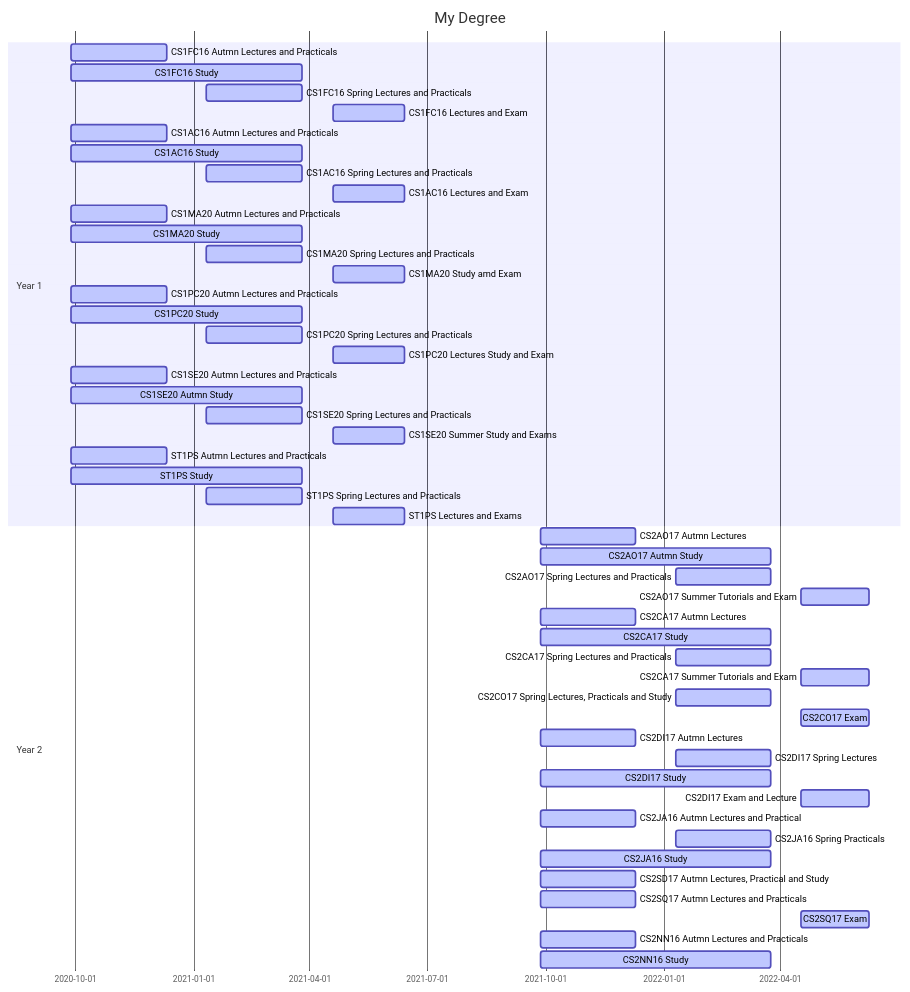
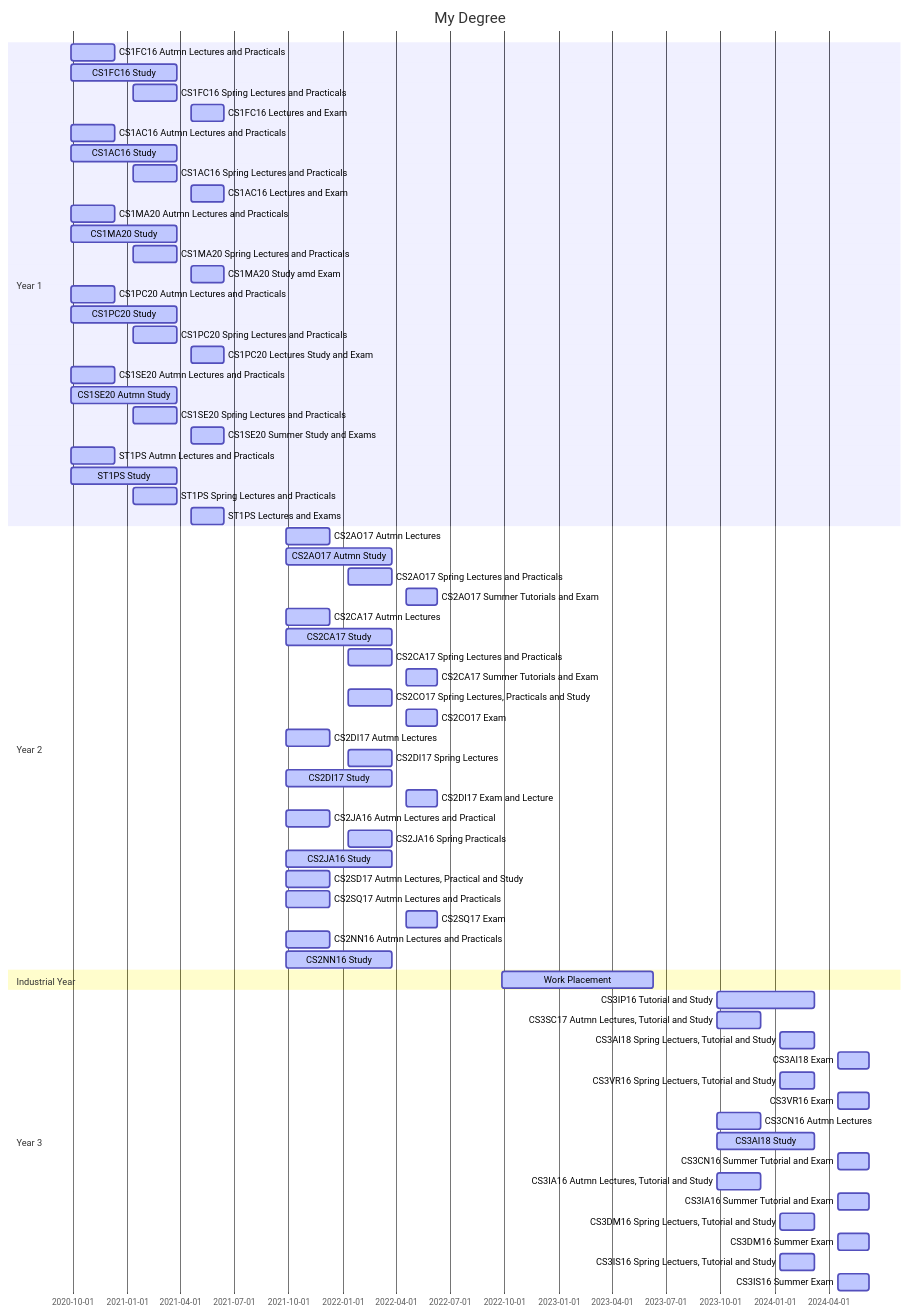
One commit to joshjh2002/software-engineering-models changed the second of 2 diagrams in LearningPlan.md. Above: the diagram before and after it, drawn with Mermaid. The commit also changed other lines of this file, not shown here.

Commit message:
Finishing Graphs and writing Reflection

````diff
--- a/LearningPlan.md
+++ b/LearningPlan.md
@@ -179,4 +206,31 @@
 
 CS2NN16 Autmn Lectures and Practicals  :active, dest1, 2021-09-27,2021-12-10
 CS2NN16 Study :active, dest1, 2021-09-27,2022-03-25
+
+section Industrial Year
+Work Placement :active, dest1, 2022-09-26,2023-06-09
+
+section Year 3
+CS3IP16 Tutorial and Study :active, dest1, 2023-09-25,2024-03-08
+
+CS3SC17 Autmn Lectures, Tutorial and Study :active, dest1, 2023-09-25,2023-12-08
+
+CS3AI18 Spring Lectuers, Tutorial and Study :active, dest1, 2024-01-09,2024-03-08
+CS3AI18 Exam :active, dest1, 2024-04-16,2024-06-08
+
+CS3VR16 Spring Lectuers, Tutorial and Study :active, dest1, 2024-01-09,2024-03-08
+CS3VR16 Exam :active, dest1, 2024-04-16,2024-06-08
+
+CS3CN16 Autmn Lectures :active, dest1, 2023-09-25,2023-12-08
+CS3AI18 Study :active, dest1, 2023-09-25,2024-03-08
+CS3CN16 Summer Tutorial and Exam :active, dest1, 2024-04-16,2024-06-08
+
+CS3IA16 Autmn Lectures, Tutorial and Study :active, dest1, 2023-09-25,2023-12-08
+CS3IA16 Summer Tutorial and Exam :active, dest1, 2024-04-16,2024-06-08
+
+CS3DM16 Spring Lectuers, Tutorial and Study :active, dest1, 2024-01-09,2024-03-08
+CS3DM16 Summer Exam :active, dest1, 2024-04-16,2024-06-08
+
+CS3IS16 Spring Lectuers, Tutorial and Study :active, dest1, 2024-01-09,2024-03-08
+CS3IS16 Summer Exam :active, dest1, 2024-04-16,2024-06-08
 ```
````
